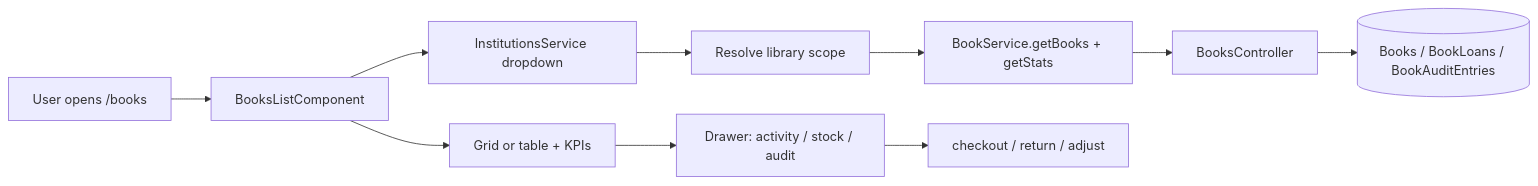
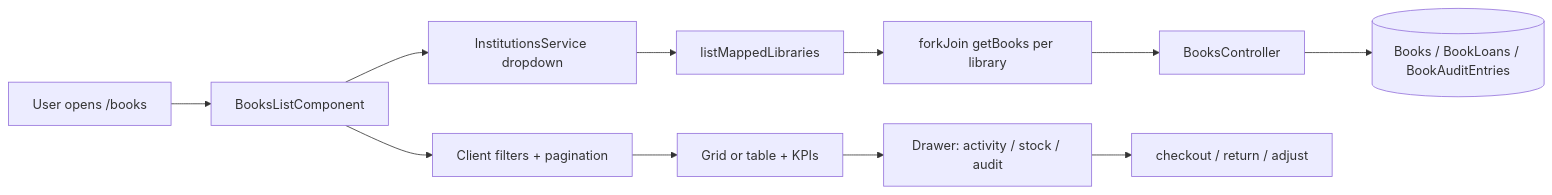
Before and after one commit to ermanjeetsingh777/Lexora: the first of 3 diagrams in docs/workflow/books-workflow.md, drawn with Mermaid. The commit also changed other lines of this file and 27 other files, not shown here.

````diff
--- a/docs/workflow/books-workflow.md
+++ b/docs/workflow/books-workflow.md
@@ -16,12 +16,13 @@
 ```mermaid
 flowchart LR
   A[User opens /books] --> B[BooksListComponent]
   B --> C[InstitutionsService dropdown]
-  C --> D[Resolve library scope]
-  D --> E[BookService.getBooks + getStats]
+  C --> D[listMappedLibraries]
+  D --> E[forkJoin getBooks per library]
   E --> F[BooksController]
   F --> G[(Books / BookLoans / BookAuditEntries)]
-  B --> H[Grid or table + KPIs]
-  H --> I[Drawer: activity / stock / audit]
-  I --> J[checkout / return / adjust]
+  B --> H[Client filters + pagination]
+  H --> I[Grid or table + KPIs]
+  I --> J[Drawer: activity / stock / audit]
+  J --> K[checkout / return / adjust]
 ```
````
